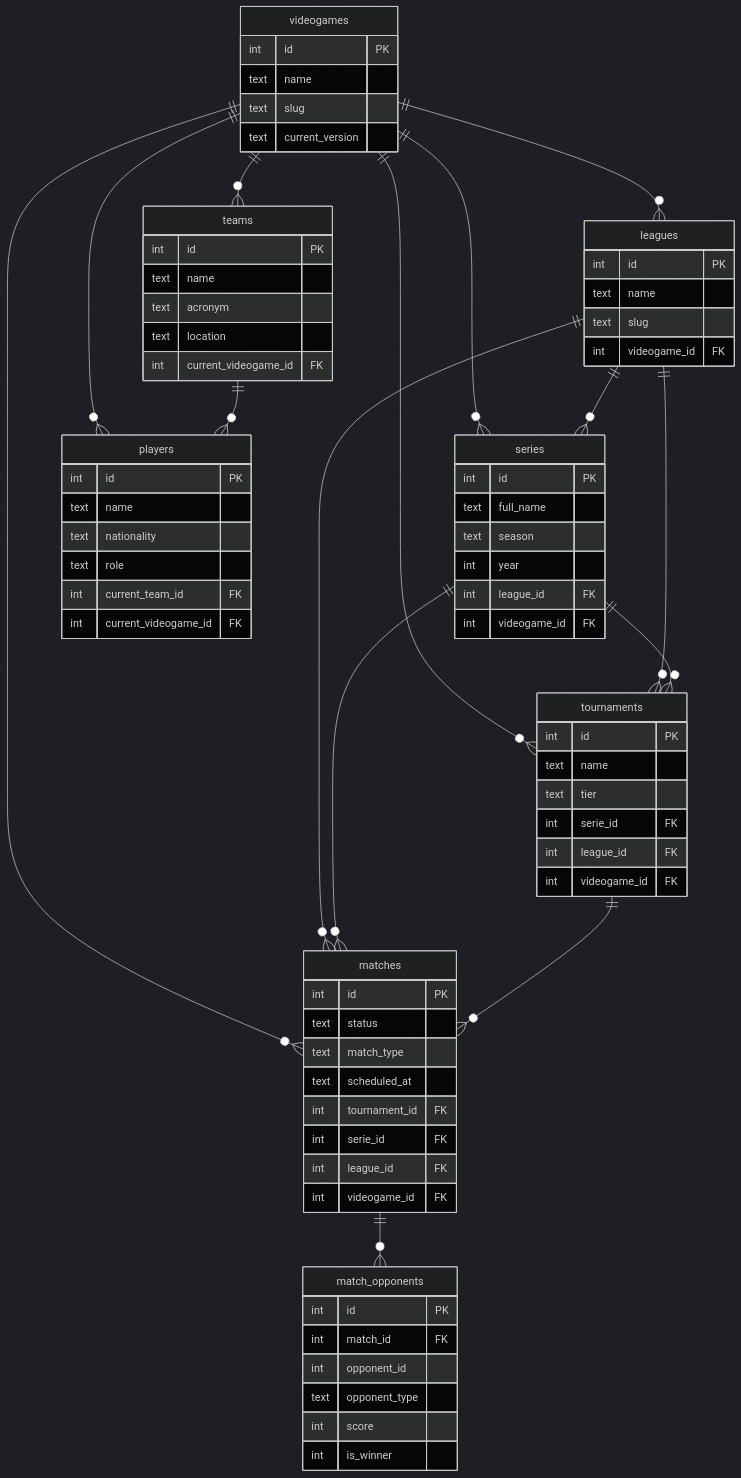
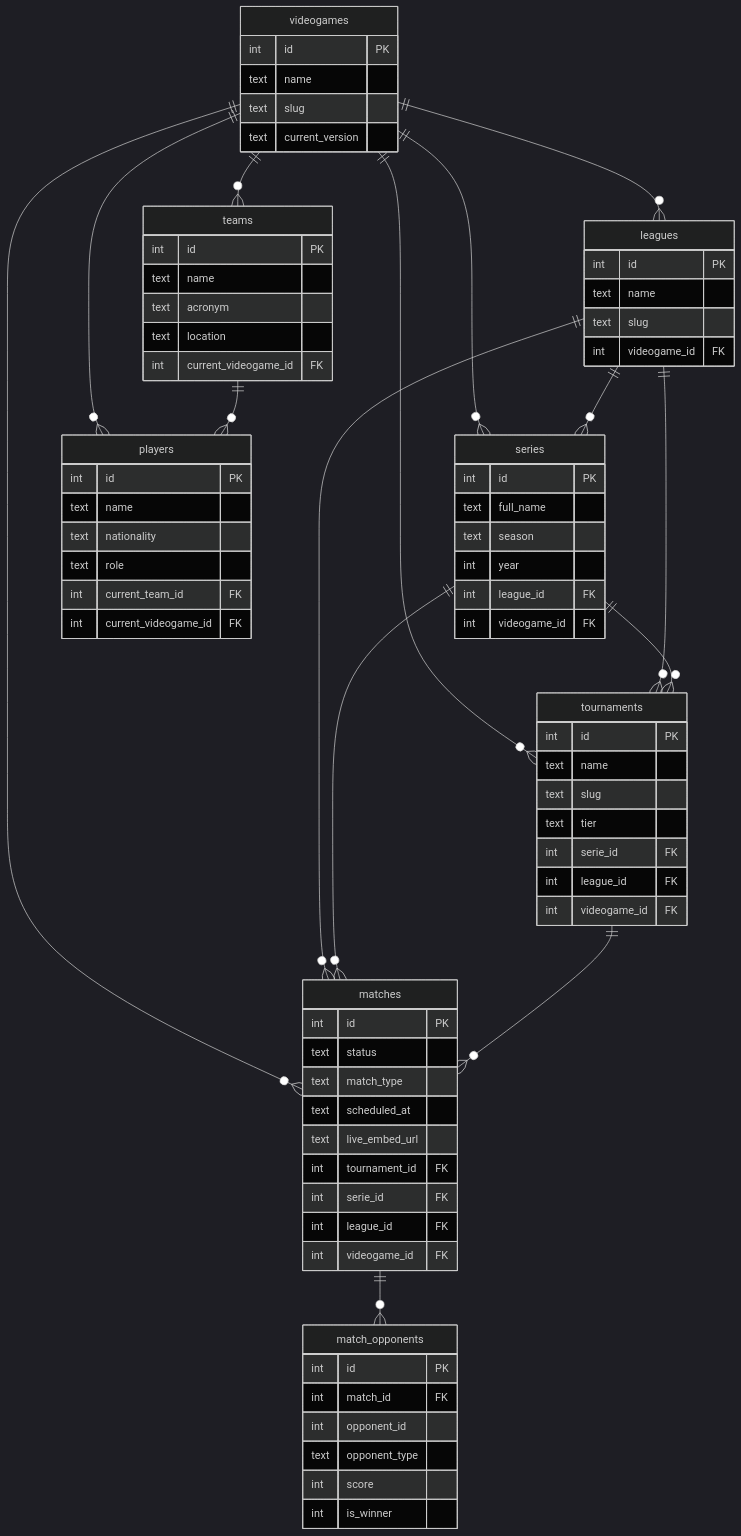
One commit to ngshiheng/esportsdb changed the second of 2 diagrams in README.md. Above: the diagram before and after it, drawn with Mermaid (dark theme). The commit also changed other lines of this file and 3 other files, not shown here.

````diff
--- a/README.md
+++ b/README.md
@@ -56,79 +56,81 @@
 ```mermaid
 erDiagram
     videogames {
         int id PK
         text name
         text slug
         text current_version
     }
     leagues {
         int id PK
         text name
         text slug
         int videogame_id FK
     }
     series {
         int id PK
         text full_name
         text season
         int year
         int league_id FK
         int videogame_id FK
     }
     tournaments {
         int id PK
         text name
+        text slug
         text tier
         int serie_id FK
         int league_id FK
         int videogame_id FK
     }
     matches {
         int id PK
         text status
         text match_type
         text scheduled_at
+        text live_embed_url
         int tournament_id FK
         int serie_id FK
         int league_id FK
         int videogame_id FK
     }
     match_opponents {
         int id PK
         int match_id FK
         int opponent_id
         text opponent_type
         int score
         int is_winner
     }
     teams {
         int id PK
         text name
         text acronym
         text location
         int current_videogame_id FK
     }
     players {
         int id PK
         text name
         text nationality
         text role
         int current_team_id FK
         int current_videogame_id FK
     }
 
     videogames ||--o{ leagues : ""
     videogames ||--o{ series : ""
     videogames ||--o{ tournaments : ""
     videogames ||--o{ matches : ""
     videogames ||--o{ teams : ""
     videogames ||--o{ players : ""
     leagues ||--o{ series : ""
     leagues ||--o{ tournaments : ""
     leagues ||--o{ matches : ""
     series ||--o{ tournaments : ""
     series ||--o{ matches : ""
     tournaments ||--o{ matches : ""
     matches ||--o{ match_opponents : ""
     teams ||--o{ players : ""
 ```
````
